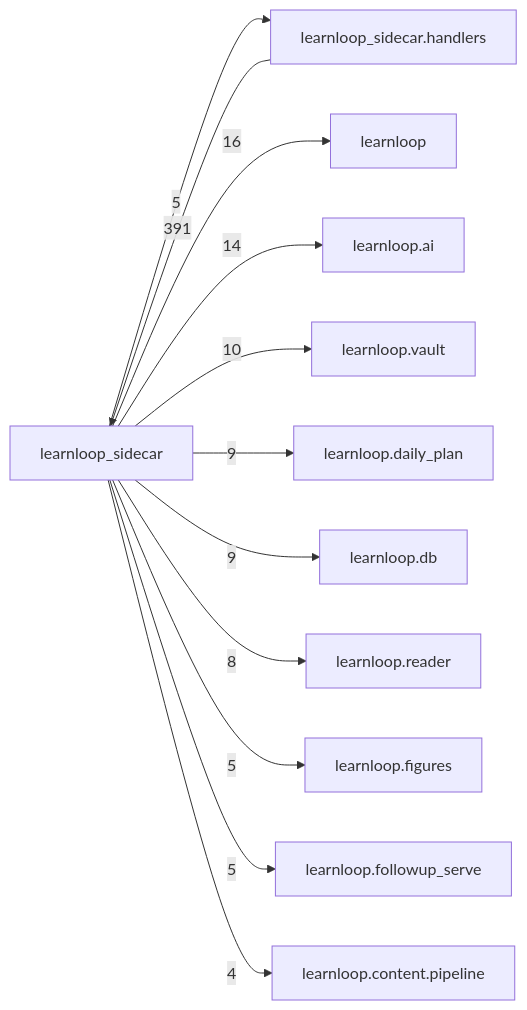
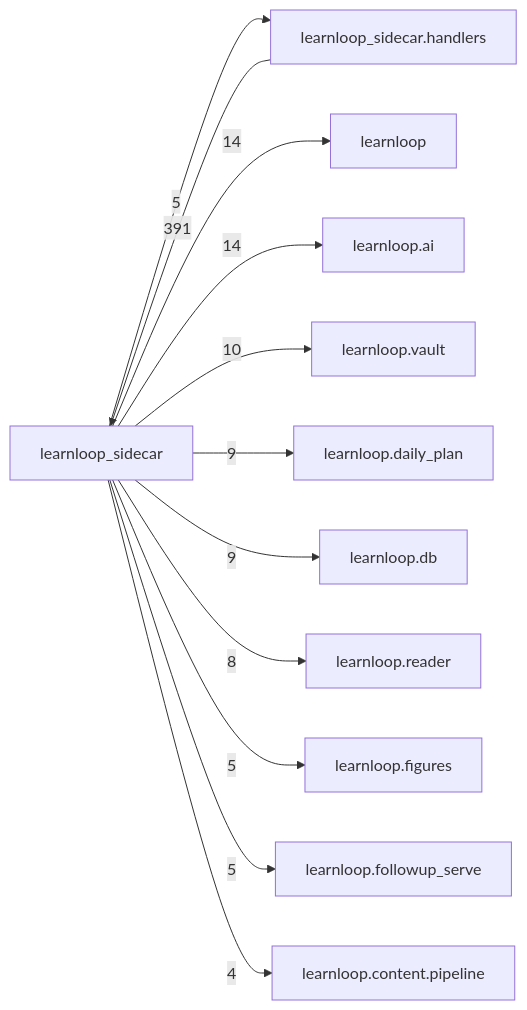
Before and after one commit to 6up-b/learnanything: the diagram in docs/learnloop-architecture-vault/Reference/Modules/learnloop_sidecar/_package.md, drawn with Mermaid. The commit also changed other lines of this file and 94 other files, not shown here.

````diff
--- a/docs/learnloop-architecture-vault/Reference/Modules/learnloop_sidecar/_package.md
+++ b/docs/learnloop-architecture-vault/Reference/Modules/learnloop_sidecar/_package.md
@@ -138,25 +138,25 @@
 ```mermaid
 flowchart LR
     center["learnloop_sidecar"]
     n_learnloop_sidecar_handlers["learnloop_sidecar.handlers"]
     n_learnloop["learnloop"]
     n_learnloop_ai["learnloop.ai"]
     n_learnloop_vault["learnloop.vault"]
     n_learnloop_daily_plan["learnloop.daily_plan"]
     n_learnloop_db["learnloop.db"]
     n_learnloop_reader["learnloop.reader"]
     n_learnloop_figures["learnloop.figures"]
     n_learnloop_followup_serve["learnloop.followup_serve"]
     n_learnloop_content_pipeline["learnloop.content.pipeline"]
     n_learnloop_sidecar_handlers -->|391| center
     center -->|5| n_learnloop_sidecar_handlers
-    center -->|16| n_learnloop
+    center -->|14| n_learnloop
     center -->|14| n_learnloop_ai
     center -->|10| n_learnloop_vault
     center -->|9| n_learnloop_daily_plan
     center -->|9| n_learnloop_db
     center -->|8| n_learnloop_reader
     center -->|5| n_learnloop_figures
     center -->|5| n_learnloop_followup_serve
     center -->|4| n_learnloop_content_pipeline
 ```
````
